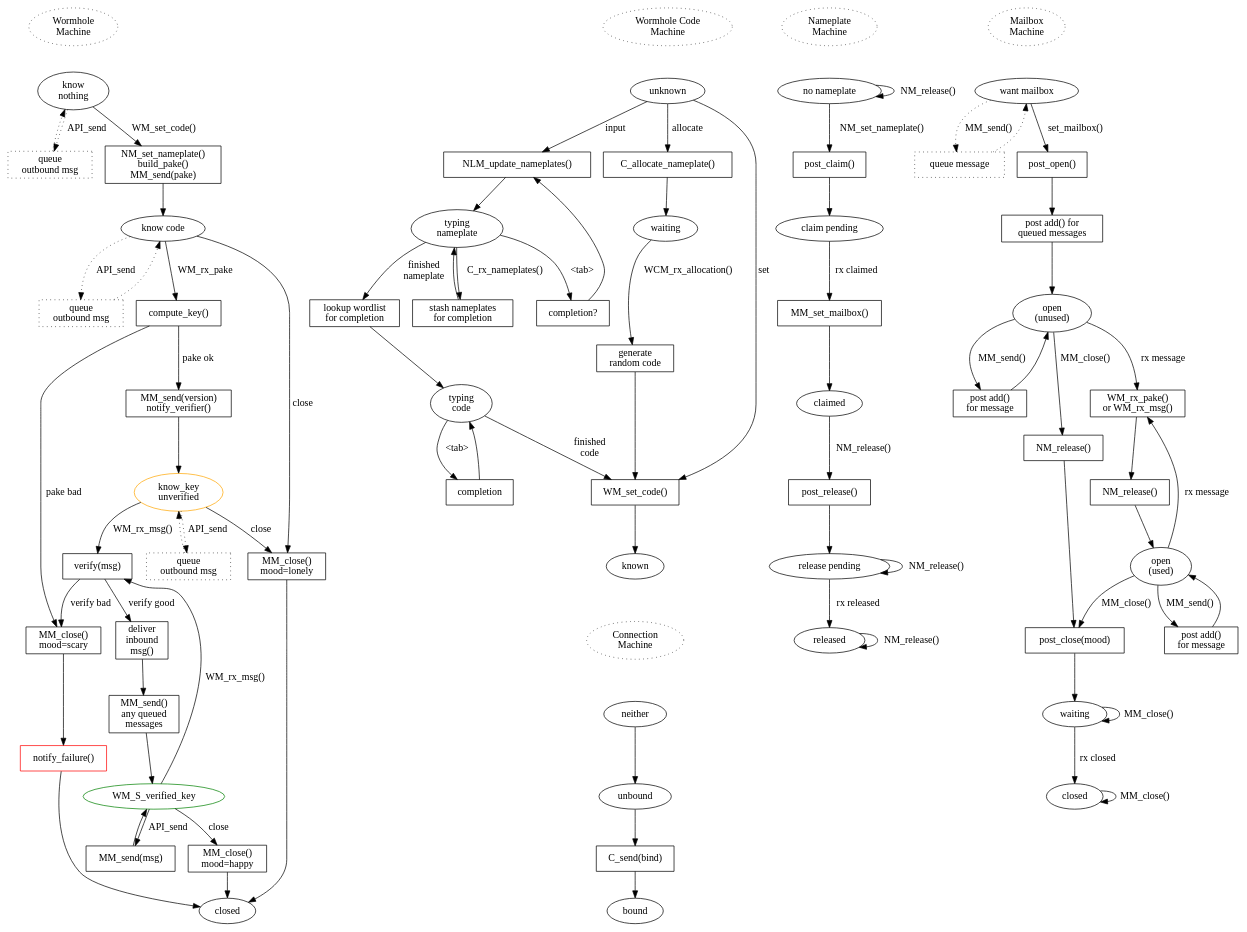
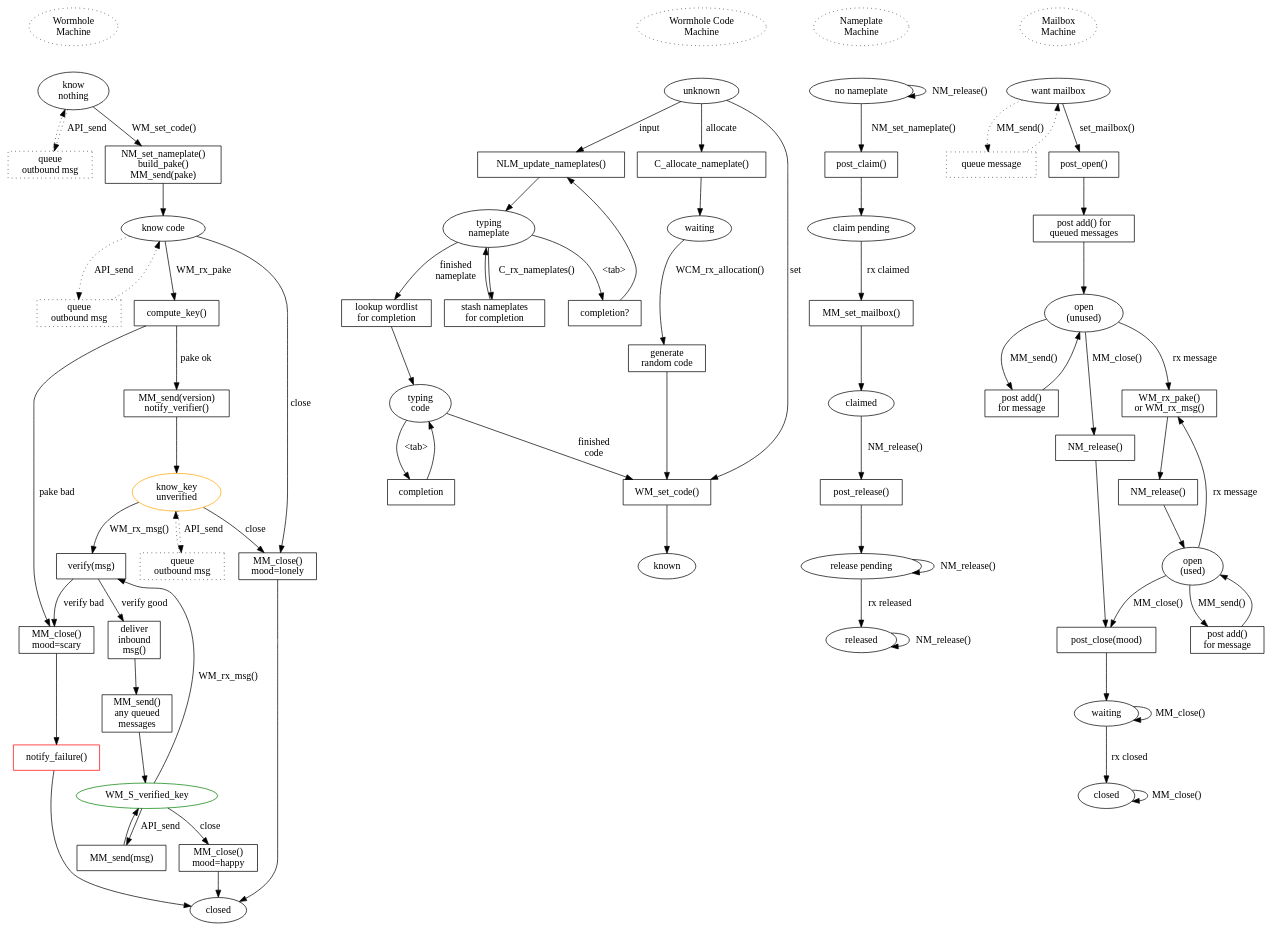
One commit to magic-wormhole/magic-wormhole changed the diagram in docs/w.dot. Above: the diagram before and after it, drawn with Graphviz.

```diff
--- a/docs/w.dot
+++ b/docs/w.dot
@@ -1,4 +1,5 @@
 digraph {
+
         /* could shave a RTT by committing to the nameplate early, before
         finishing the rest of the code input. While the user is still
         typing/completing the code, we claim the nameplate, open the mailbox,
@@ -195,6 +196,7 @@
         */
 
         /* ConnectionMachine */
+        /*
         WCM_S_known -> CM_start [style="invis"]
         CM_start [label="Connection\nMachine" style="dotted"]
         CM_start -> CM_S_neither [style="invis"]
@@ -205,5 +207,5 @@
         CM_P_bind [shape="box" label="C_send(bind)"]
         CM_P_bind -> CM_S_bound
         CM_S_bound [label="bound"]
-        
+        */
 }
```
